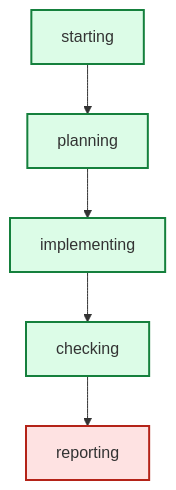
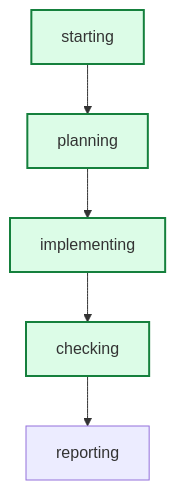
Before and after one commit to daniell0gda/hermes-feature-check-dashboard: the diagram in latest/graph.mmd, drawn with Mermaid. The commit also changed 23 other files, not shown here.

```diff
--- a/latest/graph.mmd
+++ b/latest/graph.mmd
@@ -1,14 +1,13 @@
 graph TD
     starting --> planning
     planning --> implementing
     implementing --> checking
     checking --> reporting
 
 classDef done fill:#dcfce7,stroke:#15803d,stroke-width:2px;
 classDef active fill:#dbeafe,stroke:#2563eb,stroke-width:3px;
 classDef failed fill:#fee2e2,stroke:#b42318,stroke-width:2px;
+class checking done;
+class planning done;
 class implementing done;
-class planning done;
-class checking done;
 class starting done;
-class reporting failed;
```
